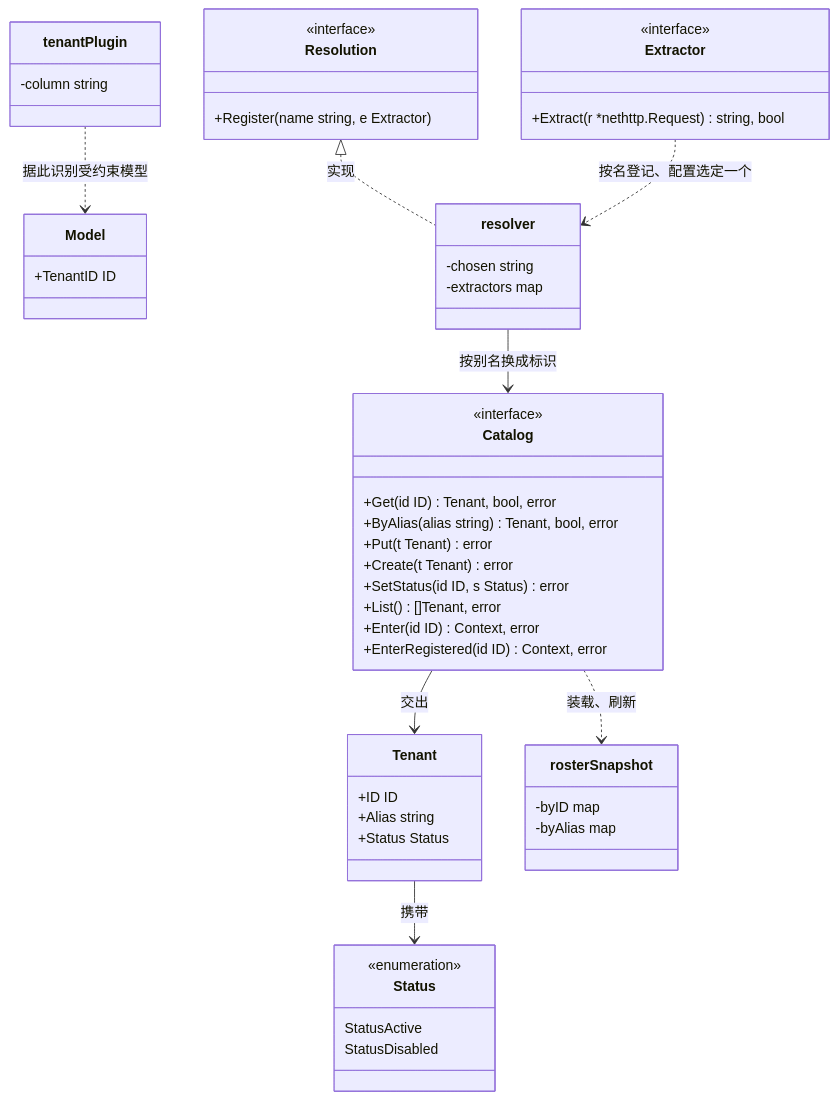
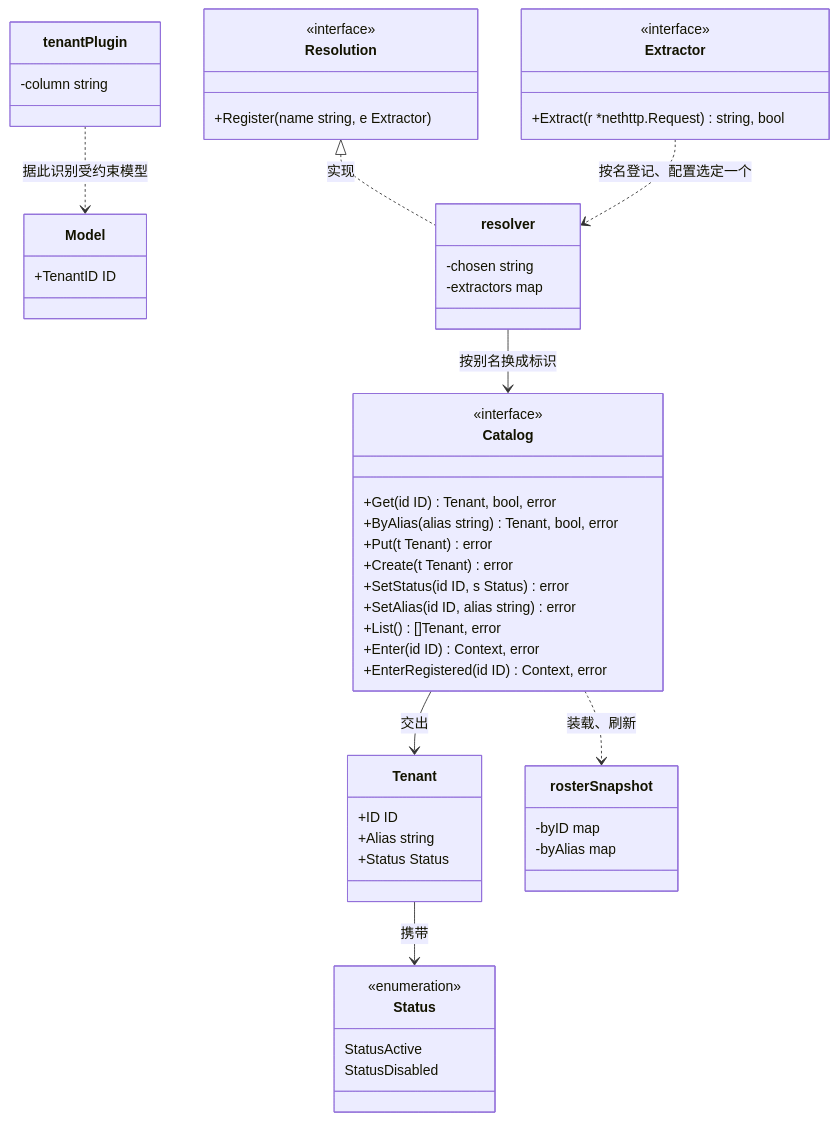
The first of 4 diagrams in docs/design/modules/tenant/design-tenant.md (wangzw/speed), drawn with Mermaid before and after one commit. The commit also changed other lines of this file and 72 other files, not shown here.

````diff
--- a/docs/design/modules/tenant/design-tenant.md
+++ b/docs/design/modules/tenant/design-tenant.md
@@ -361,53 +365,54 @@
 ```mermaid
 classDiagram
     class Resolution {
         <<interface>>
         +Register(name string, e Extractor)
     }
     class Catalog {
         <<interface>>
         +Get(id ID) Tenant, bool, error
         +ByAlias(alias string) Tenant, bool, error
         +Put(t Tenant) error
         +Create(t Tenant) error
         +SetStatus(id ID, s Status) error
+        +SetAlias(id ID, alias string) error
         +List() []Tenant, error
         +Enter(id ID) Context, error
         +EnterRegistered(id ID) Context, error
     }
     class Extractor {
         <<interface>>
         +Extract(r *nethttp.Request) string, bool
     }
     class Tenant {
         +ID ID
         +Alias string
         +Status Status
     }
     class Status {
         <<enumeration>>
         StatusActive
         StatusDisabled
     }
     class Model {
         +TenantID ID
     }
     class rosterSnapshot {
         -byID map
         -byAlias map
     }
     class resolver {
         -chosen string
         -extractors map
     }
     class tenantPlugin {
         -column string
     }
     Resolution <|.. resolver : 实现
     Extractor ..> resolver : 按名登记、配置选定一个
     resolver --> Catalog : 按别名换成标识
     Catalog --> Tenant : 交出
     Tenant --> Status : 携带
     Catalog ..> rosterSnapshot : 装载、刷新
     tenantPlugin ..> Model : 据此识别受约束模型
 ```
````
